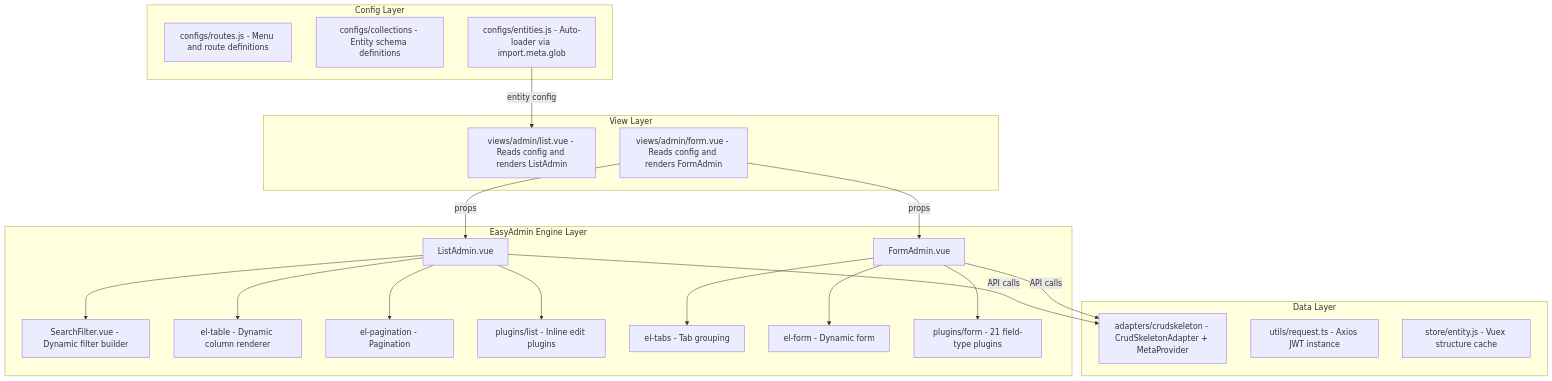
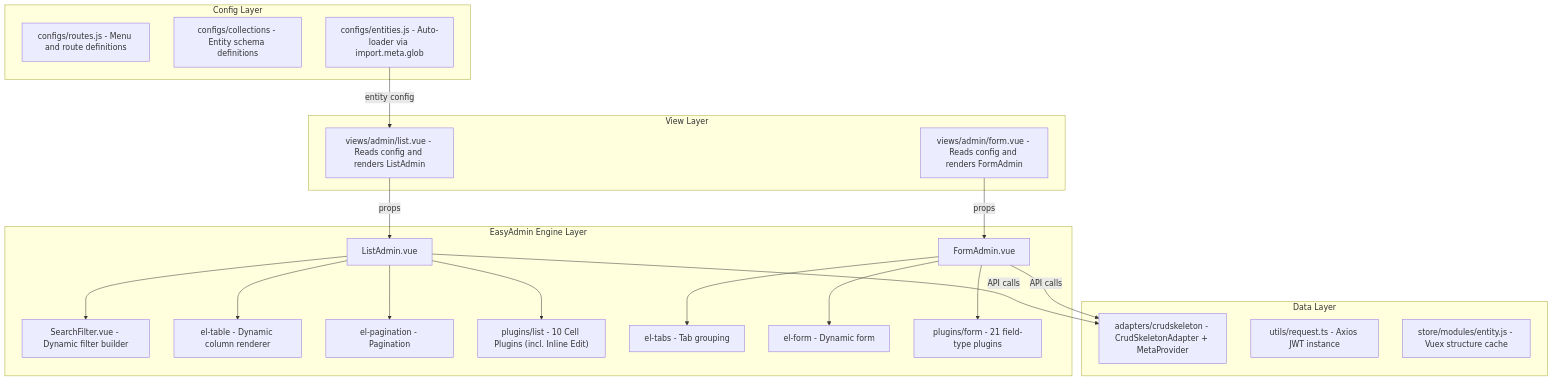
One commit to immane/crud-admin changed the first of 2 diagrams in docs/design/easyadmin-design.md. Above: the diagram before and after it, drawn with Mermaid. The commit also changed other lines of this file and 4 other files, not shown here.

````diff
--- a/docs/design/easyadmin-design.md
+++ b/docs/design/easyadmin-design.md
@@ -24,40 +24,40 @@
 ```mermaid
 flowchart TB
     subgraph Config ["Config Layer"]
         C1["configs/routes.js - Menu and route definitions"]
         C2["configs/collections - Entity schema definitions"]
         C3["configs/entities.js - Auto-loader via import.meta.glob"]
     end
     subgraph View ["View Layer"]
         V1["views/admin/list.vue - Reads config and renders ListAdmin"]
         V2["views/admin/form.vue - Reads config and renders FormAdmin"]
     end
     subgraph Engine ["EasyAdmin Engine Layer"]
         L1["ListAdmin.vue"]
         L2["SearchFilter.vue - Dynamic filter builder"]
         L3["el-table - Dynamic column renderer"]
         L4["el-pagination - Pagination"]
-        L5["plugins/list - Inline edit plugins"]
+        L5["plugins/list - 10 Cell Plugins (incl. Inline Edit)"]
         F1["FormAdmin.vue"]
         F2["el-tabs - Tab grouping"]
         F3["el-form - Dynamic form"]
         F4["plugins/form - 21 field-type plugins"]
         L1 --> L2
         L1 --> L3
         L1 --> L4
         L1 --> L5
         F1 --> F2
         F1 --> F3
         F1 --> F4
     end
     subgraph Data ["Data Layer"]
         D1["adapters/crudskeleton - CrudSkeletonAdapter + MetaProvider"]
         D2["utils/request.ts - Axios JWT instance"]
-        D3["store/entity.js - Vuex structure cache"]
+        D3["store/modules/entity.js - Vuex structure cache"]
     end
     C3 -- "entity config" --> V1
-    V2 -- "props" --> L1
+    V1 -- "props" --> L1
     V2 -- "props" --> F1
     L1 -- "API calls" --> D1
     F1 -- "API calls" --> D1
 ```
````
